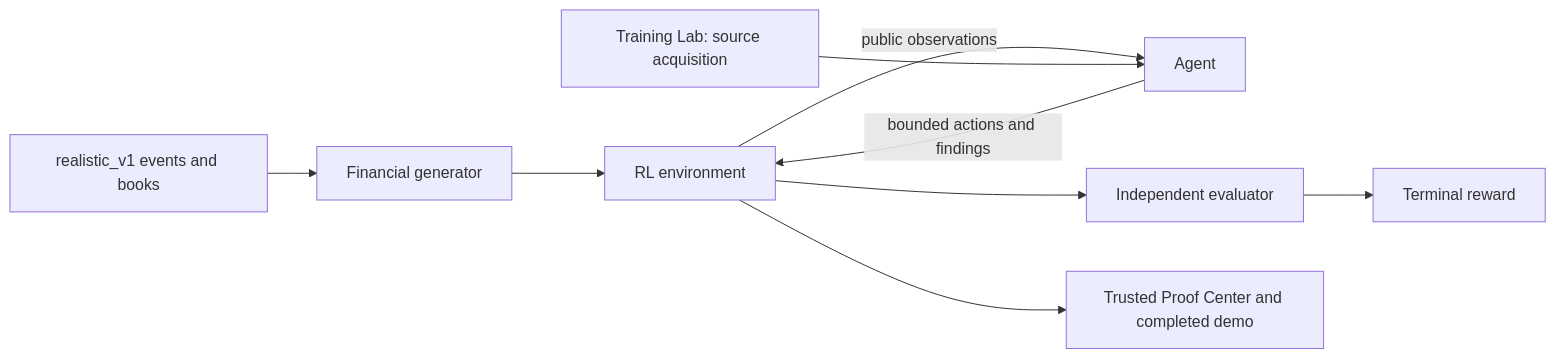
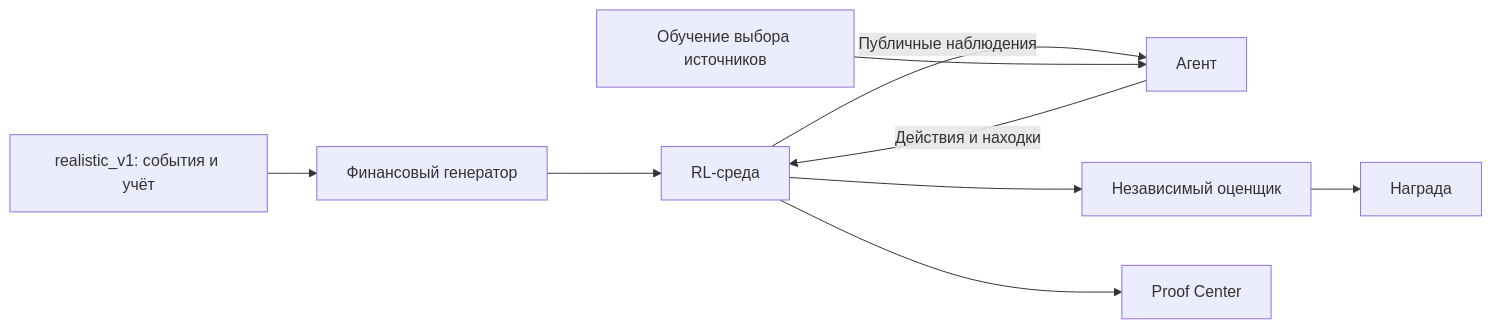
Before and after one commit to sultandosym300-ops/auditforge: the diagram in README.md, drawn with Mermaid. The commit also changed other lines of this file and 6 other files, not shown here.

````diff
--- a/README.md
+++ b/README.md
@@ -29,11 +32,11 @@
 ```mermaid
 flowchart LR
-  G[Financial generator] --> E[RL environment]
-  E -->|public observations| A[Agent]
-  A -->|bounded actions and findings| E
-  E --> M[Independent evaluator]
-  M --> R[Terminal reward]
-  W[realistic_v1 events and books] --> G
-  T[Training Lab: source acquisition] --> A
-  E --> P[Trusted Proof Center and completed demo]
+ G[Финансовый генератор] --> E[RL-среда]
+ E -->|Публичные наблюдения| A[Агент]
+ A -->|Действия и находки| E
+ E --> M[Независимый оценщик]
+ M --> R[Награда]
+ W[realistic_v1: события и учёт] --> G
+ T[Обучение выбора источников] --> A
+ E --> P[Proof Center]
 ```
````
